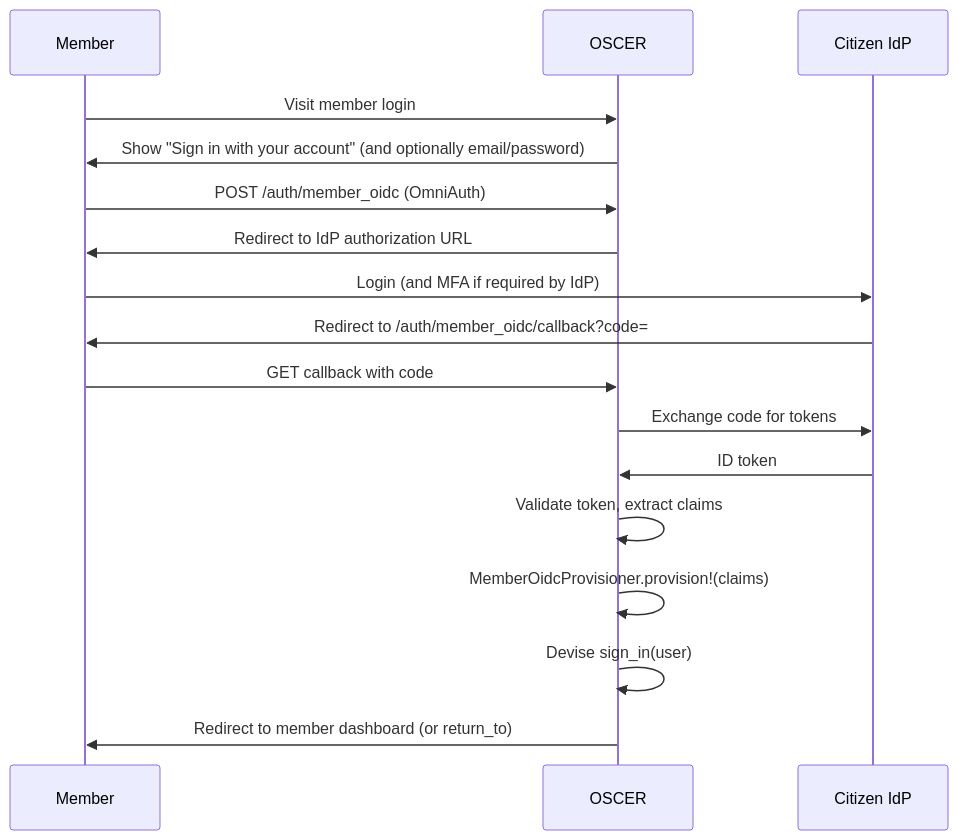
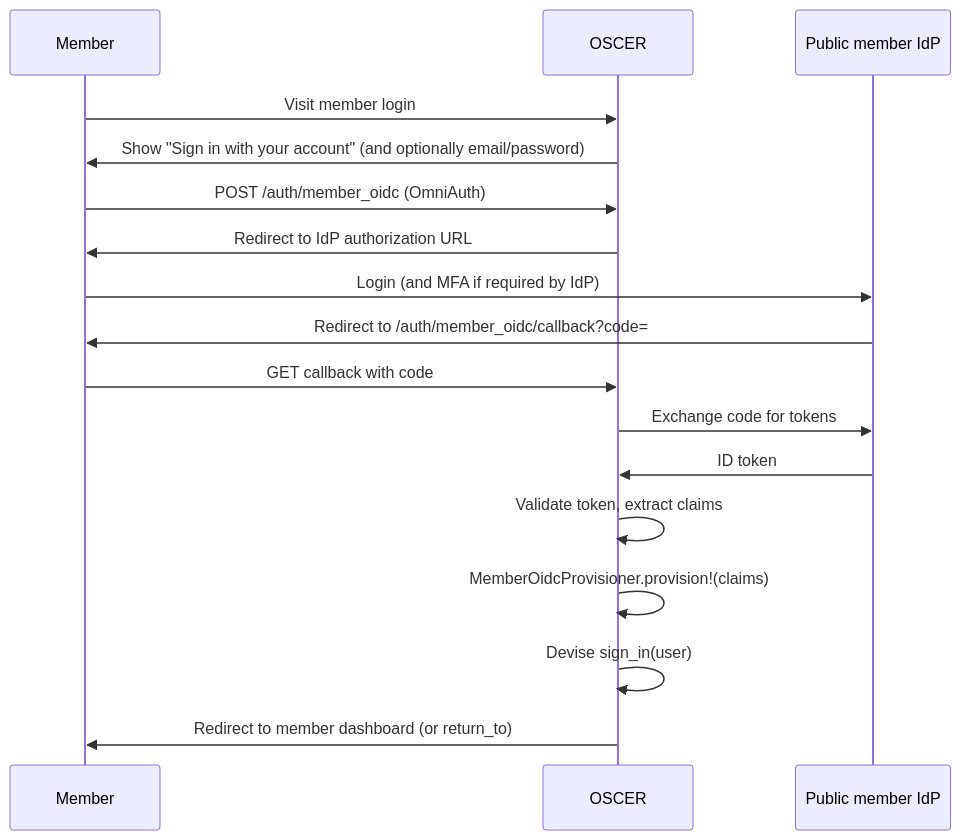
Before and after one commit to navapbc/oscer: the fourth of 5 diagrams in docs/architecture/staff-sso/member-sso.md, drawn with Mermaid. The commit also changed other lines of this file, not shown here.

Commit message:
replace citizen term with public member

````diff
--- a/docs/architecture/staff-sso/member-sso.md
+++ b/docs/architecture/staff-sso/member-sso.md
@@ -172,24 +172,24 @@
 ```mermaid
 sequenceDiagram
     participant Member
     participant OSCER
-    participant IdP as Citizen IdP
+    participant IdP as Public member IdP
 
     Member->>OSCER: Visit member login
     OSCER->>Member: Show "Sign in with your account" (and optionally email/password)
 
     Member->>OSCER: POST /auth/member_oidc (OmniAuth)
     OSCER->>Member: Redirect to IdP authorization URL
 
     Member->>IdP: Login (and MFA if required by IdP)
     IdP->>Member: Redirect to /auth/member_oidc/callback?code=
 
     Member->>OSCER: GET callback with code
     OSCER->>IdP: Exchange code for tokens
     IdP->>OSCER: ID token
 
     OSCER->>OSCER: Validate token, extract claims
     OSCER->>OSCER: MemberOidcProvisioner.provision!(claims)
     OSCER->>OSCER: Devise sign_in(user)
     OSCER->>Member: Redirect to member dashboard (or return_to)
 ```
````
